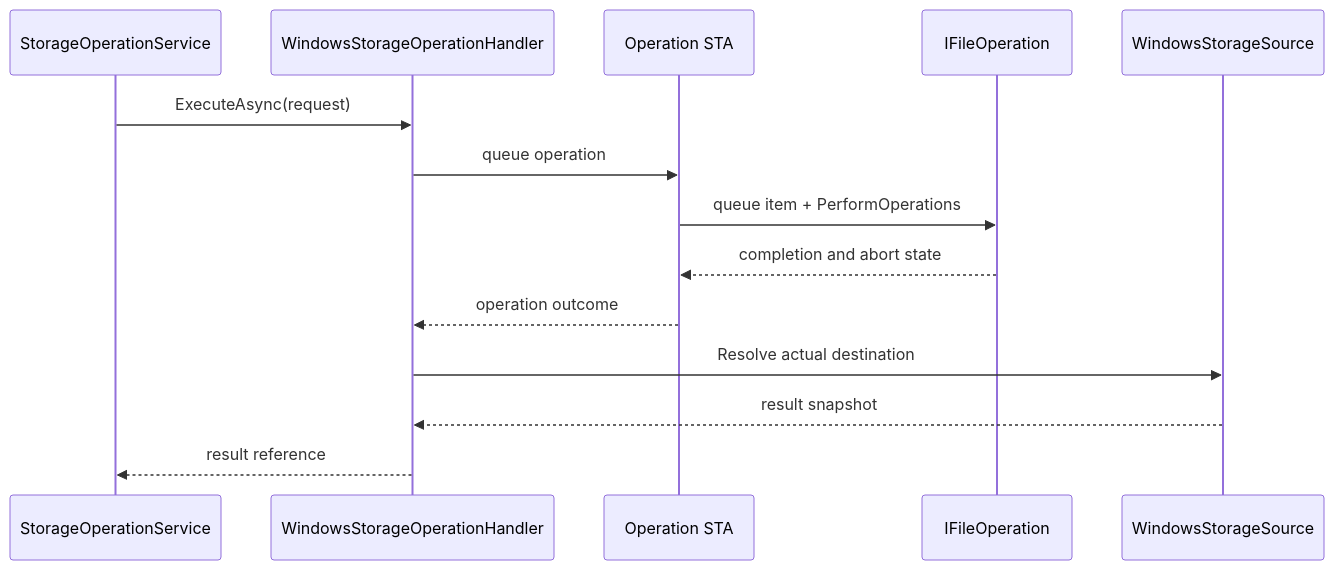
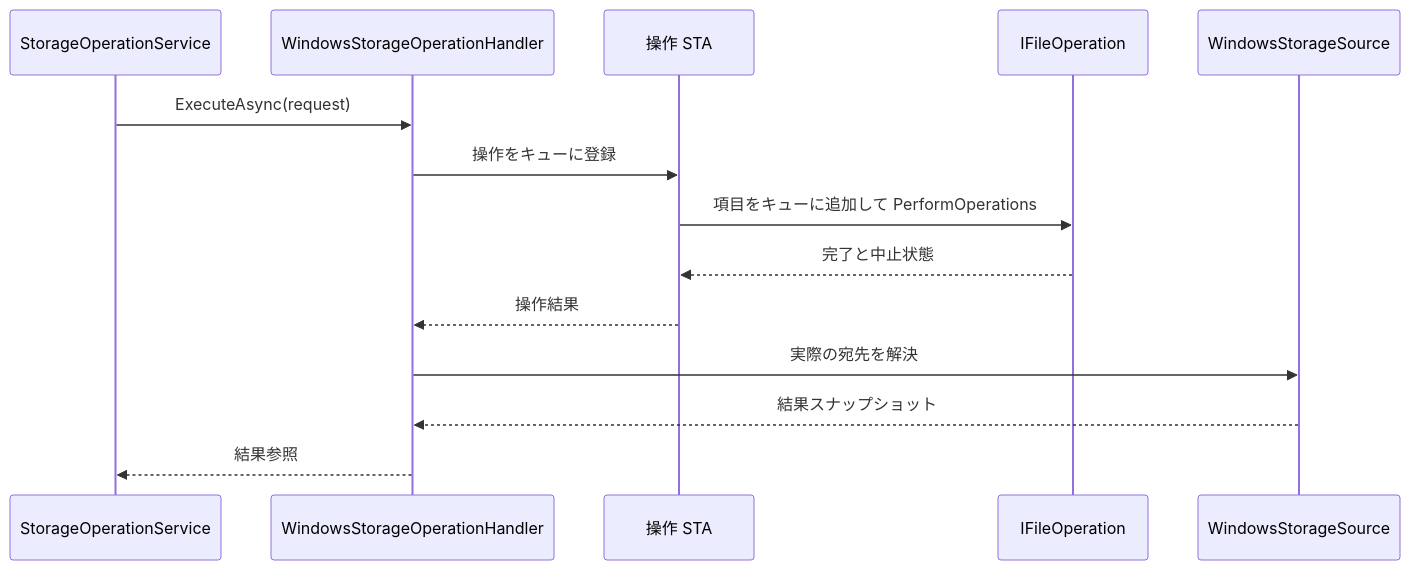
Before and after one commit to 0x5bfa/Files: the eighth of 8 diagrams in docs/architecture/windows-storage.md, drawn with Mermaid. The commit also changed other lines of this file and 18 other files, not shown here.

Commit message:
Translate architecture docs to Japanese

````diff
--- a/docs/architecture/windows-storage.md
+++ b/docs/architecture/windows-storage.md
@@ -248,17 +251,17 @@
 ```mermaid
 sequenceDiagram
     participant Service as StorageOperationService
     participant Handler as WindowsStorageOperationHandler
-    participant STA as Operation STA
+    participant STA as 操作 STA
     participant Shell as IFileOperation
     participant Source as WindowsStorageSource
 
     Service->>Handler: ExecuteAsync(request)
-    Handler->>STA: queue operation
-    STA->>Shell: queue item + PerformOperations
-    Shell-->>STA: completion and abort state
-    STA-->>Handler: operation outcome
-    Handler->>Source: Resolve actual destination
-    Source-->>Handler: result snapshot
-    Handler-->>Service: result reference
+    Handler->>STA: 操作をキューに登録
+    STA->>Shell: 項目をキューに追加して PerformOperations
+    Shell-->>STA: 完了と中止状態
+    STA-->>Handler: 操作結果
+    Handler->>Source: 実際の宛先を解決
+    Source-->>Handler: 結果スナップショット
+    Handler-->>Service: 結果参照
 ```
````
